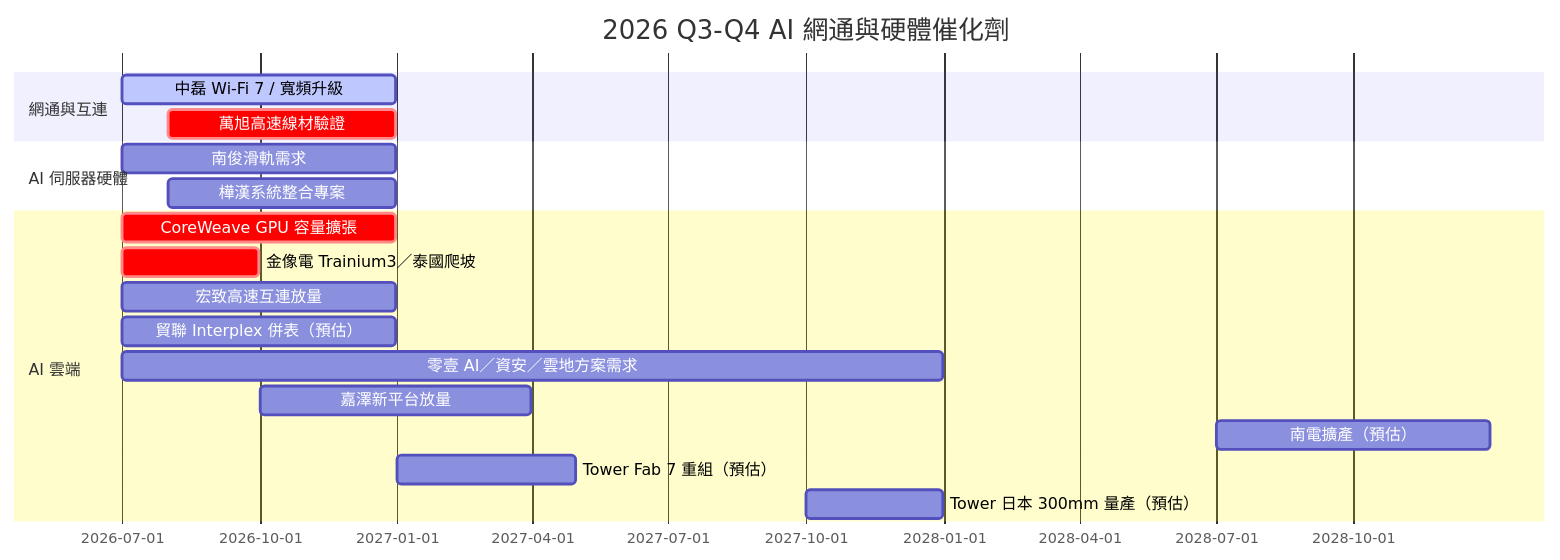
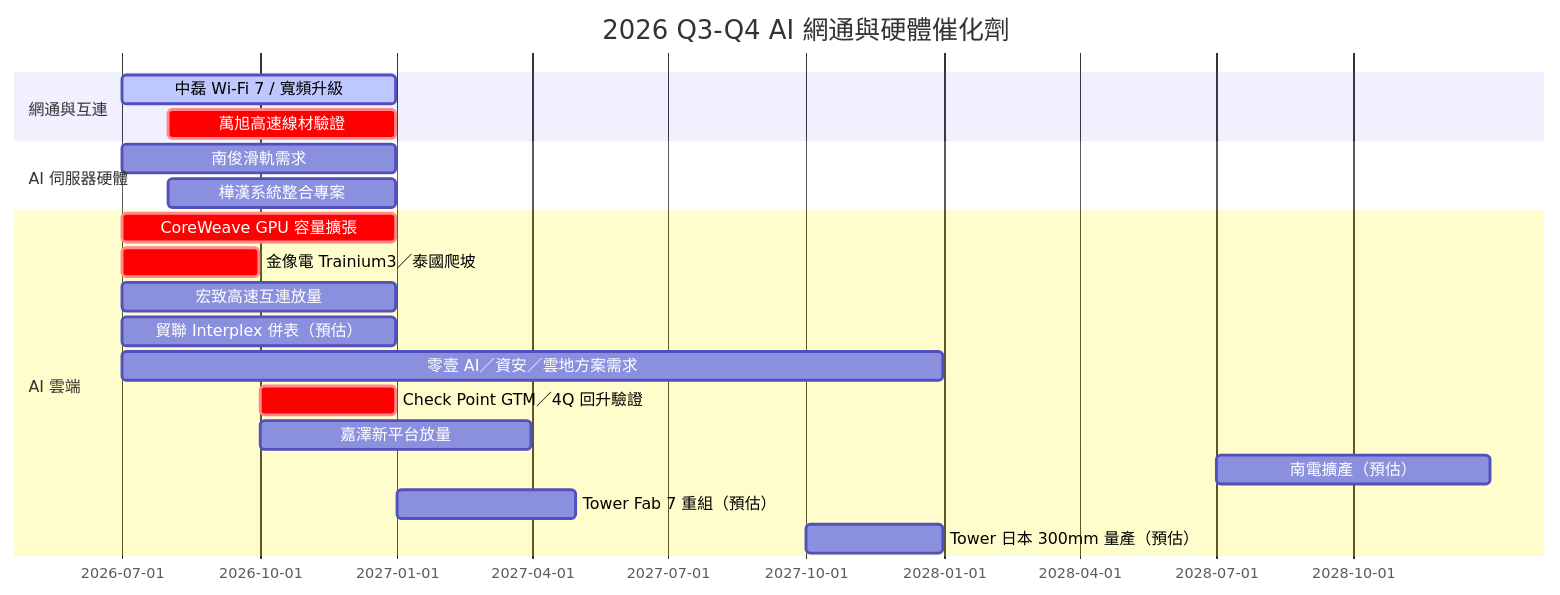
Before and after one commit to kevn950324/wiki_Stockv2: the diagram in content/lib/5.schedule/時程_2026Q3Q4_AI網通與硬體催化劑.md, drawn with Mermaid. The commit also changed other lines of this file and 23 other files, not shown here.

````diff
--- a/content/lib/5.schedule/時程_2026Q3Q4_AI網通與硬體催化劑.md
+++ b/content/lib/5.schedule/時程_2026Q3Q4_AI網通與硬體催化劑.md
@@ -39,21 +41,22 @@
 ```mermaid
 gantt
     title 2026 Q3-Q4 AI 網通與硬體催化劑
     dateFormat YYYY-MM-DD
     section 網通與互連
     中磊 Wi-Fi 7 / 寬頻升級 :active, 2026-07-01, 2026-12-31
     萬旭高速線材驗證 :crit, 2026-08-01, 2026-12-31
     section AI 伺服器硬體
     南俊滑軌需求 :2026-07-01, 2026-12-31
     樺漢系統整合專案 :2026-08-01, 2026-12-31
     section AI 雲端
     CoreWeave GPU 容量擴張 :crit, 2026-07-01, 2026-12-31
     金像電 Trainium3／泰國爬坡 :crit, 2026-07-01, 2026-09-30
     宏致高速互連放量 :2026-07-01, 2026-12-31
     貿聯 Interplex 併表（預估） :2026-07-01, 2026-12-31
     零壹 AI／資安／雲地方案需求 :2026-07-01, 2027-12-31
+    Check Point GTM／4Q 回升驗證 :crit, 2026-10-01, 2026-12-31
     嘉澤新平台放量 :2026-10-01, 2027-03-31
     南電擴產（預估） :2028-07-01, 2028-12-31
     Tower Fab 7 重組（預估） :2027-01-01, 2027-04-30
     Tower 日本 300mm 量產（預估） :2027-10-01, 2027-12-31
 ```
````
